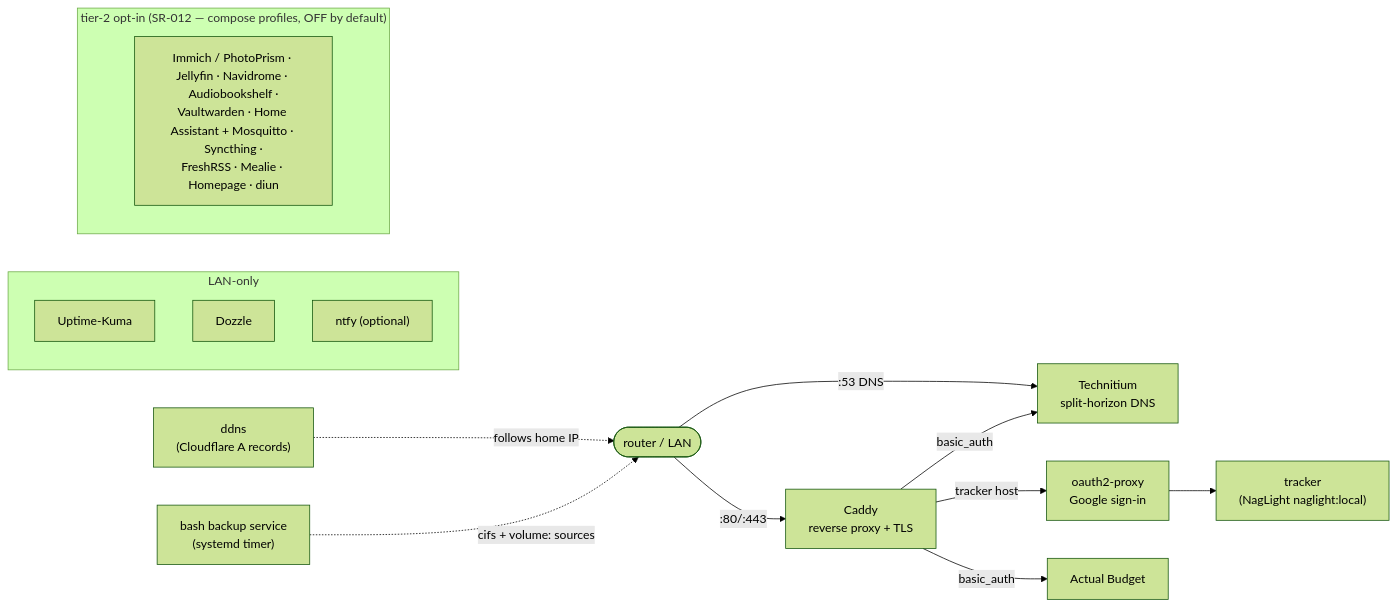
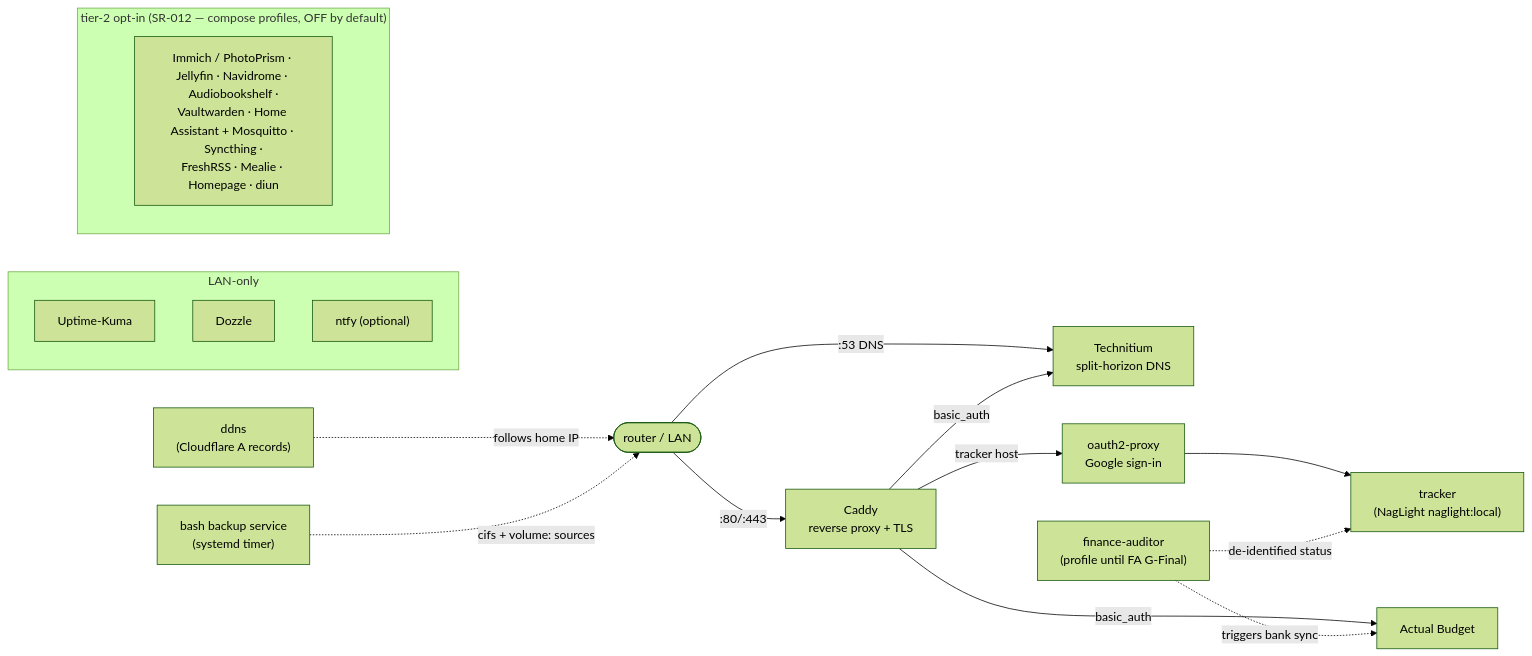
The diagram in docs/architecture.md (diytechy/MiniPC-Deployer), drawn with Mermaid (forest theme) before and after one commit. The commit also changed 11 other files, not shown here.

````diff
--- a/docs/architecture.md
+++ b/docs/architecture.md
@@ -22,19 +22,21 @@
 ```mermaid
 graph LR
     net([router / LAN]) -->|:80/:443| caddy["Caddy<br/>reverse proxy + TLS"]
     net -->|:53 DNS| tech["Technitium<br/>split-horizon DNS"]
     caddy -->|tracker host| oauth["oauth2-proxy<br/>Google sign-in"]
     oauth --> tracker["tracker<br/>(NagLight naglight:local)"]
     caddy -->|basic_auth| actual["Actual Budget"]
     caddy -->|basic_auth| tech
     ddns["ddns<br/>(Cloudflare A records)"] -.->|follows home IP| net
     backup["bash backup service<br/>(systemd timer)"] -.->|cifs + volume: sources| net
+    fa["finance-auditor<br/>(profile until FA G-Final)"] -.->|triggers bank sync| actual
+    fa -.->|de-identified status| tracker
     subgraph observability [LAN-only]
       kuma["Uptime-Kuma"]
       dozzle["Dozzle"]
       ntfy["ntfy (optional)"]
     end
     subgraph tier2 ["tier-2 opt-in (SR-012 — compose profiles, OFF by default)"]
       t2["Immich / PhotoPrism · Jellyfin · Navidrome · Audiobookshelf ·<br/>Vaultwarden · Home Assistant + Mosquitto · Syncthing ·<br/>FreshRSS · Mealie · Homepage · diun"]
     end
 ```
````
